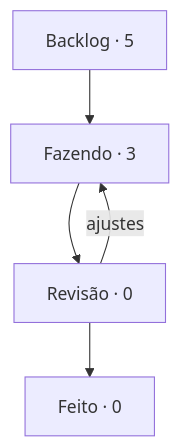
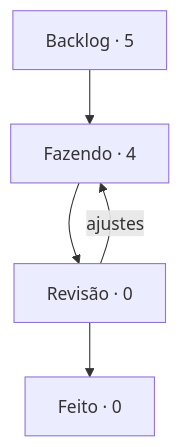
One commit to StudioVibi/VibiKanban changed the diagram in boards/harness/BOARD.md. Above: the diagram before and after it, drawn with Mermaid. The commit also changed other lines of this file and 2 other files, not shown here.

````diff
--- a/boards/harness/BOARD.md
+++ b/boards/harness/BOARD.md
@@ -5,10 +5,10 @@
 ```mermaid
 flowchart TD
-  backlog["Backlog · 5"] --> doing["Fazendo · 3"]
+  backlog["Backlog · 5"] --> doing["Fazendo · 4"]
   doing --> review["Revisão · 0"]
   review --> done["Feito · 0"]
   review -->|ajustes| doing
   doing:::blue
   review:::yellow
   done:::green
 ```
````
